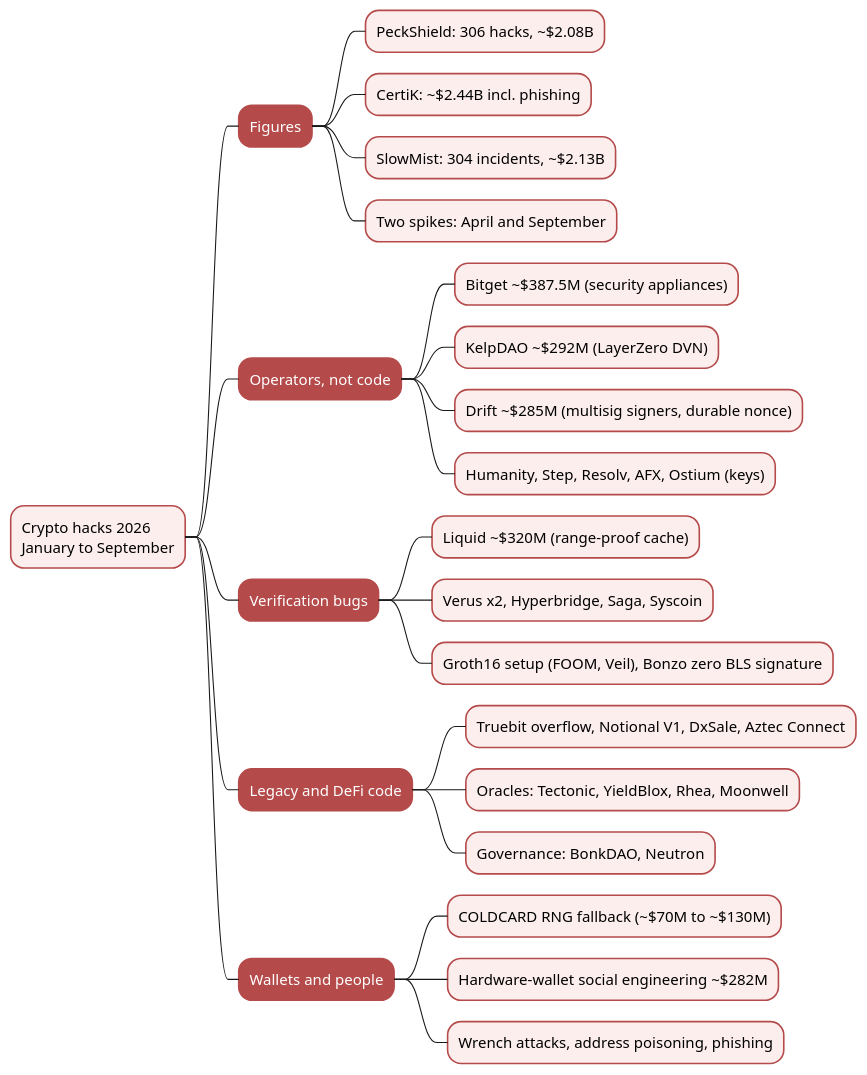
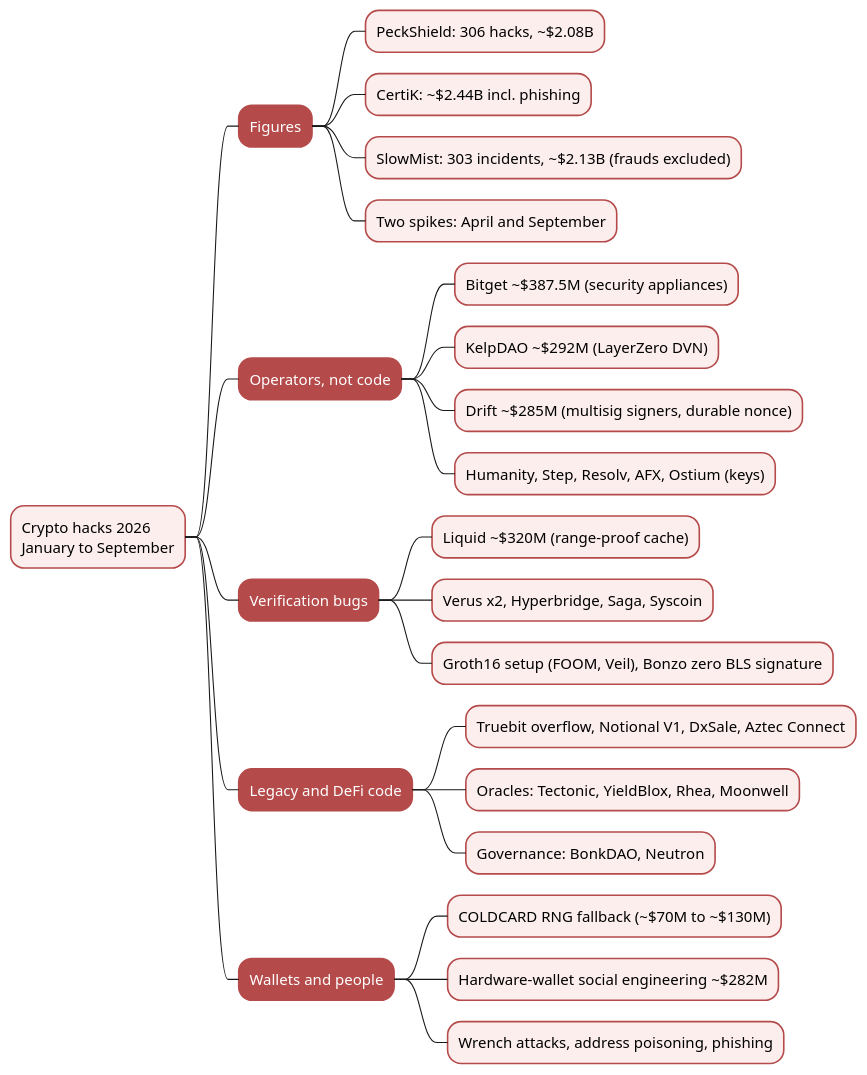
One commit to rya-sge/access-denied changed the diagram in assets/article/blockchain/hack/2026-10-07-crypto-hacks-2026-year-to-date-mindmap.puml. Above: the diagram before and after it, drawn with PlantUML. The commit also changed 10 other files, not shown here.

```diff
--- a/assets/article/blockchain/hack/2026-10-07-crypto-hacks-2026-year-to-date-mindmap.puml
+++ b/assets/article/blockchain/hack/2026-10-07-crypto-hacks-2026-year-to-date-mindmap.puml
@@ -1,37 +1,37 @@
 @startmindmap
 <style>
 mindmapDiagram {
   node {
     BackgroundColor #FDEEEE
     LineColor #B54A4A
   }
   :depth(1) {
     BackgroundColor #B54A4A
     FontColor white
   }
 }
 </style>
 * Crypto hacks 2026\nJanuary to September
 ** Figures
 *** PeckShield: 306 hacks, ~$2.08B
 *** CertiK: ~$2.44B incl. phishing
-*** SlowMist: 304 incidents, ~$2.13B
+*** SlowMist: 303 incidents, ~$2.13B (frauds excluded)
 *** Two spikes: April and September
 ** Operators, not code
 *** Bitget ~$387.5M (security appliances)
 *** KelpDAO ~$292M (LayerZero DVN)
 *** Drift ~$285M (multisig signers, durable nonce)
 *** Humanity, Step, Resolv, AFX, Ostium (keys)
 ** Verification bugs
 *** Liquid ~$320M (range-proof cache)
 *** Verus x2, Hyperbridge, Saga, Syscoin
 *** Groth16 setup (FOOM, Veil), Bonzo zero BLS signature
 ** Legacy and DeFi code
 *** Truebit overflow, Notional V1, DxSale, Aztec Connect
 *** Oracles: Tectonic, YieldBlox, Rhea, Moonwell
 *** Governance: BonkDAO, Neutron
 ** Wallets and people
 *** COLDCARD RNG fallback (~$70M to ~$130M)
 *** Hardware-wallet social engineering ~$282M
 *** Wrench attacks, address poisoning, phishing
 @endmindmap
```
